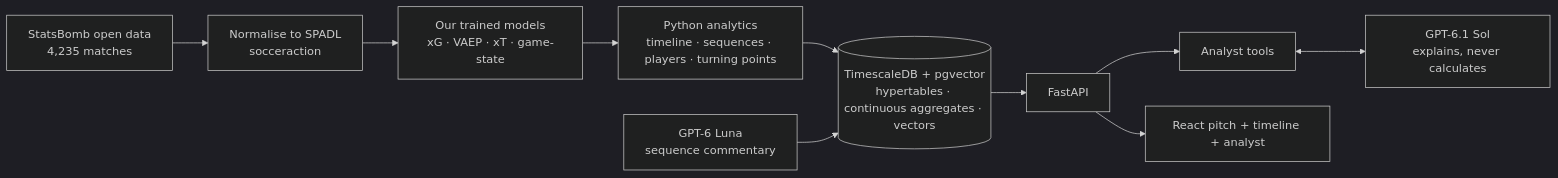
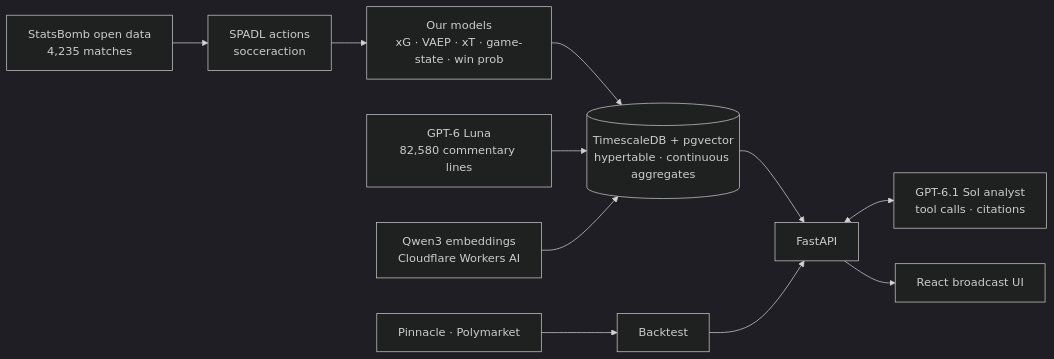
One commit to kodahhhhh/matchmind changed the diagram in README.md. Above: the diagram before and after it, drawn with Mermaid (dark theme). The commit also changed other lines of this file and 6 other files, not shown here.

````diff
--- a/README.md
+++ b/README.md
@@ -43,12 +55,12 @@
 ```mermaid
 flowchart LR
-  SB[StatsBomb open data<br/>4,235 matches] --> SPADL[Normalise to SPADL<br/>socceraction]
-  SPADL --> Models[Our trained models<br/>xG · VAEP · xT · game-state]
-  Models --> Metrics[Python analytics<br/>timeline · sequences · players · turning points]
-  Metrics --> DB[(TimescaleDB + pgvector<br/>hypertables · continuous aggregates · vectors)]
+  SB[StatsBomb open data<br/>4,235 matches] --> SPADL[SPADL actions<br/>socceraction]
+  SPADL --> Models[Our models<br/>xG · VAEP · xT · game-state · win prob]
+  Models --> DB[(TimescaleDB + pgvector<br/>hypertable · continuous aggregates)]
   DB --> API[FastAPI]
-  API --> Tools[Analyst tools]
-  Tools <--> Sol[GPT-6.1 Sol<br/>explains, never calculates]
-  Luna[GPT-6 Luna<br/>sequence commentary] --> DB
-  API --> UI[React pitch + timeline + analyst]
+  Luna[GPT-6 Luna<br/>82,580 commentary lines] --> DB
+  Qwen[Qwen3 embeddings<br/>Cloudflare Workers AI] --> DB
+  API <--> Sol[GPT-6.1 Sol analyst<br/>tool calls · citations]
+  Markets[Pinnacle · Polymarket] --> Backtest[Backtest] --> API
+  API --> UI[React broadcast UI]
 ```
````
